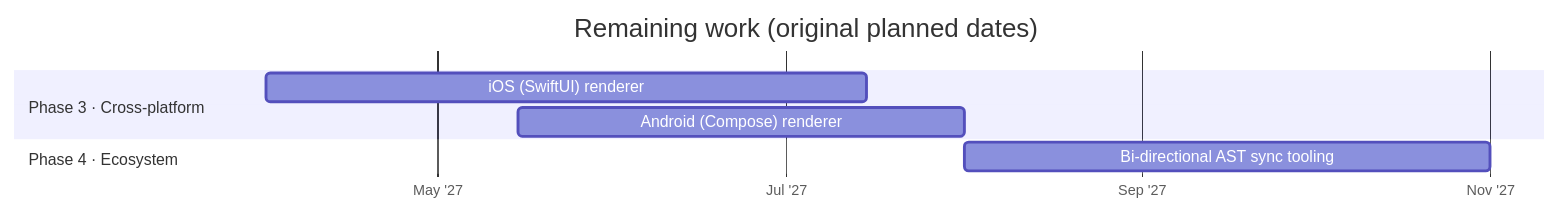
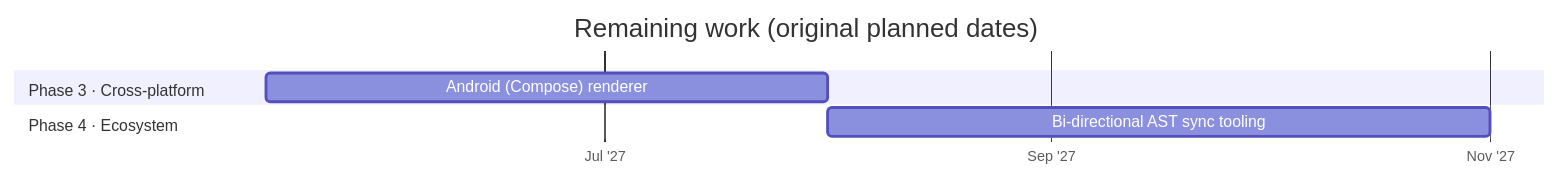
The diagram in docs/ROADMAP.md (jdsouza1/omni-ir), drawn with Mermaid before and after one commit. The commit also changed other lines of this file and 6 other files, not shown here.

First line of the commit message:
docs(ios): spec wording for failures, Swift README, roadmap and plan (iOS plan, task G)

````diff
--- a/docs/ROADMAP.md
+++ b/docs/ROADMAP.md
@@ -22,16 +23,15 @@
 ```mermaid
 %%{init: {"gantt": {"leftPadding": 175}}}%%
 gantt
     title Remaining work (original planned dates)
     dateFormat YYYY-MM-DD
     axisFormat %b '%y
     tickInterval 2month
     todayMarker off
 
     section Phase 3 · Cross-platform
-    iOS (SwiftUI) renderer :p4, 2027-04-01, 2027-07-15
     Android (Compose) renderer :p5, 2027-05-15, 2027-08-01
 
     section Phase 4 · Ecosystem
     Bi-directional AST sync tooling :p6, 2027-08-01, 2027-11-01
 ```
````
